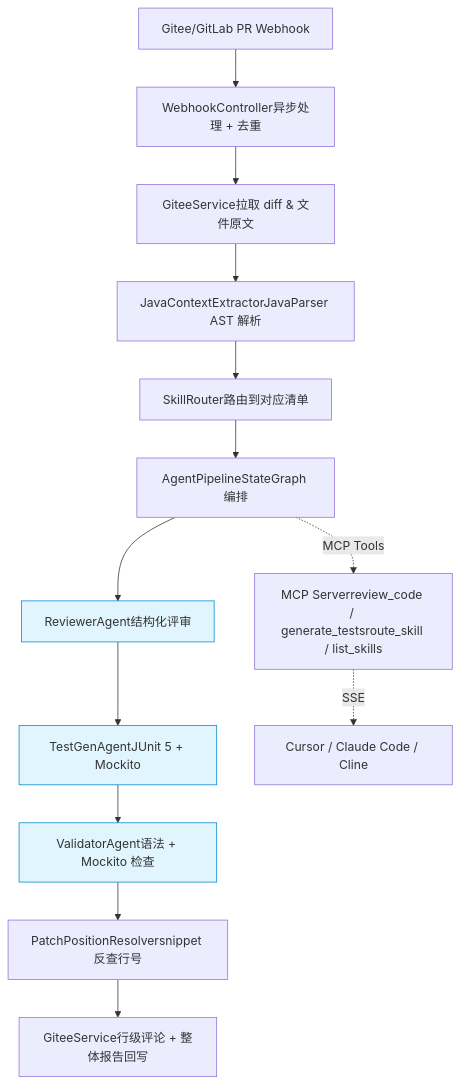
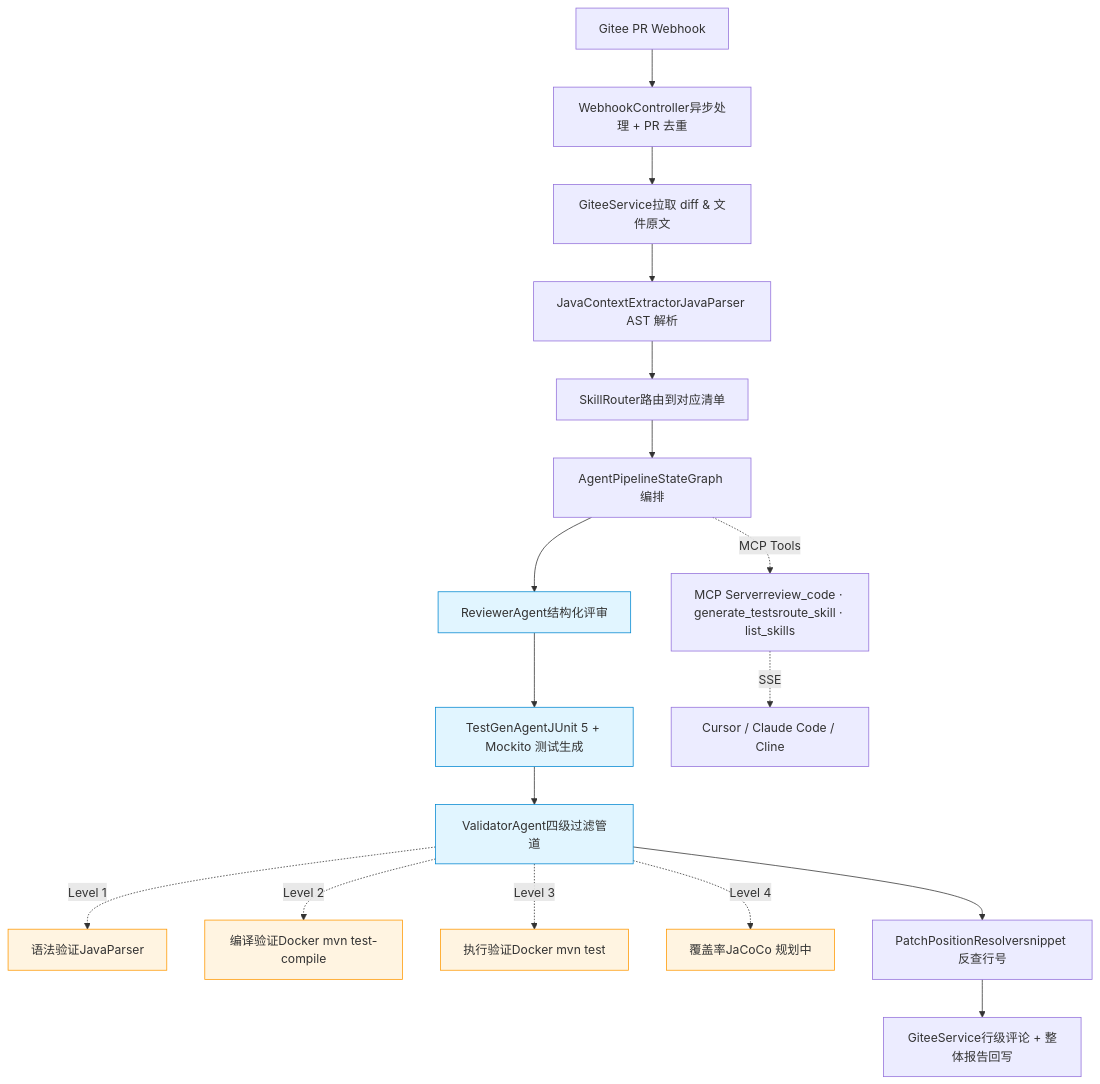
One commit to HaidongZhang-xb/ai-code-reviewer-original changed the diagram in README.md. Above: the diagram before and after it, drawn with Mermaid. The commit also changed other lines of this file and 7 other files, not shown here.

````diff
--- a/README.md
+++ b/README.md
@@ -41,22 +50,29 @@
 ```mermaid
 flowchart TB
-    A[Gitee/GitLab PR Webhook] --> B[WebhookController异步处理 + 去重]
+    A[Gitee PR Webhook] --> B[WebhookController异步处理 + PR 去重]
     B --> C[GiteeService拉取 diff & 文件原文]
     C --> D[JavaContextExtractorJavaParser AST 解析]
     D --> E[SkillRouter路由到对应清单]
 
     E --> F[AgentPipelineStateGraph 编排]
 
     F --> G1[ReviewerAgent结构化评审]
-    G1 --> G2[TestGenAgentJUnit 5 + Mockito]
-    G2 --> G3[ValidatorAgent语法 + Mockito 检查]
+    G1 --> G2[TestGenAgentJUnit 5 + Mockito 测试生成]
+    G2 --> G3[ValidatorAgent四级过滤管道]
+
+    G3 -.Level 1.-> V1[语法验证JavaParser]
+    G3 -.Level 2.-> V2[编译验证Docker mvn test-compile]
+    G3 -.Level 3.-> V3[执行验证Docker mvn test]
+    G3 -.Level 4.-> V4[覆盖率JaCoCo 规划中]
 
     G3 --> H[PatchPositionResolversnippet 反查行号]
     H --> I[GiteeService行级评论 + 整体报告回写]
 
-    F -.MCP Tools.-> M[MCP Serverreview_code / generate_testsroute_skill / list_skills]
+    F -.MCP Tools.-> M[MCP Serverreview_code · generate_testsroute_skill · list_skills]
     M -.SSE.-> IDE[Cursor / Claude Code / Cline]
 
     classDef agent fill:#e1f5ff,stroke:#0288d1
+    classDef level fill:#fff4e1,stroke:#ff9800
     class G1,G2,G3 agent
+    class V1,V2,V3,V4 level
 ```
````
